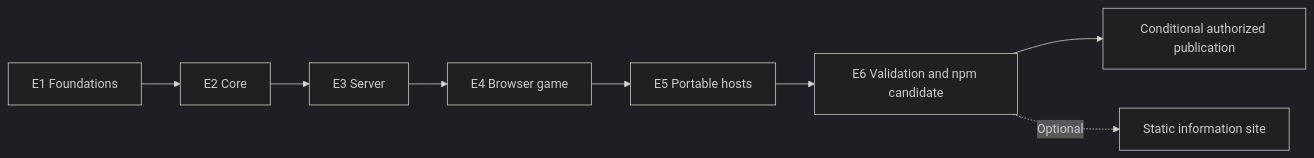
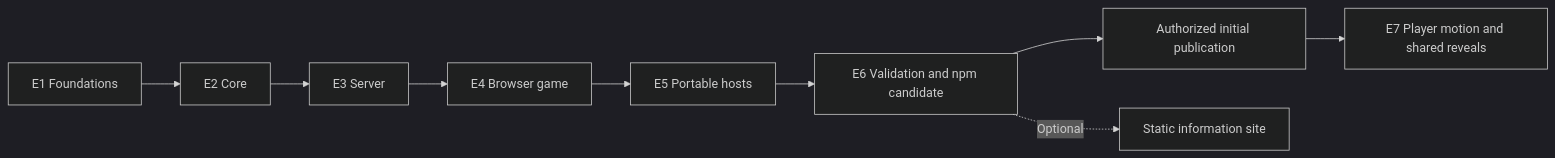
Before and after one commit to hongkian03/niche-out: the diagram in docs/IMPLEMENTATION-PLAN.md, drawn with Mermaid (dark theme). The commit also changed other lines of this file and 39 other files, not shown here.

````diff
--- a/docs/IMPLEMENTATION-PLAN.md
+++ b/docs/IMPLEMENTATION-PLAN.md
@@ -53,10 +54,11 @@
 ```mermaid
 flowchart LR
     E1[E1 Foundations] --> E2[E2 Core]
     E2 --> E3[E3 Server]
     E3 --> E4[E4 Browser game]
     E4 --> E5[E5 Portable hosts]
     E5 --> E6[E6 Validation and npm candidate]
-    E6 --> P[Conditional authorized publication]
+    E6 --> P[Authorized initial publication]
+    P --> E7[E7 Player motion and shared reveals]
     E6 -. Optional .-> W[Static information site]
 ```
````
